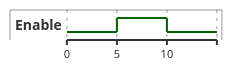
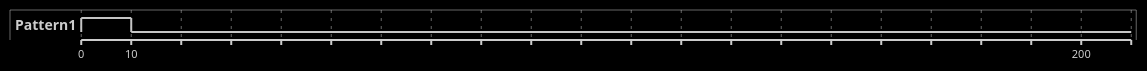
Before and after one commit to Smokey95/AIN_MIPS: the diagram in Aufgabe_1/pattern.iuml, drawn with PlantUML. The commit also changed 3 other files, not shown here.

```diff
--- a/Aufgabe_1/pattern.iuml
+++ b/Aufgabe_1/pattern.iuml
@@ -1,12 +1,15 @@
 @startuml
-binary "Enable" as EN
+
+skinparam monochrome reverse
+
+binary "Pattern1" as PT1
 
 @0
-EN is low
+PT1 is high
 
-@5
-EN is high
+@200
+PT1 is low
 
 @10
-EN is low
+PT1 is low
 @enduml
```
